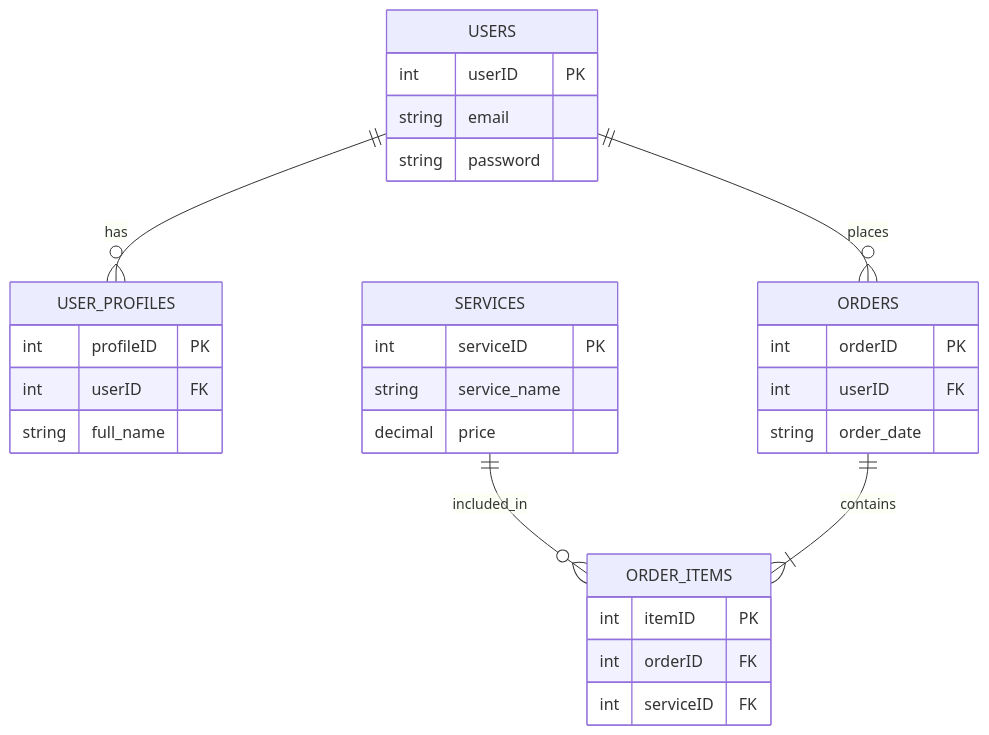
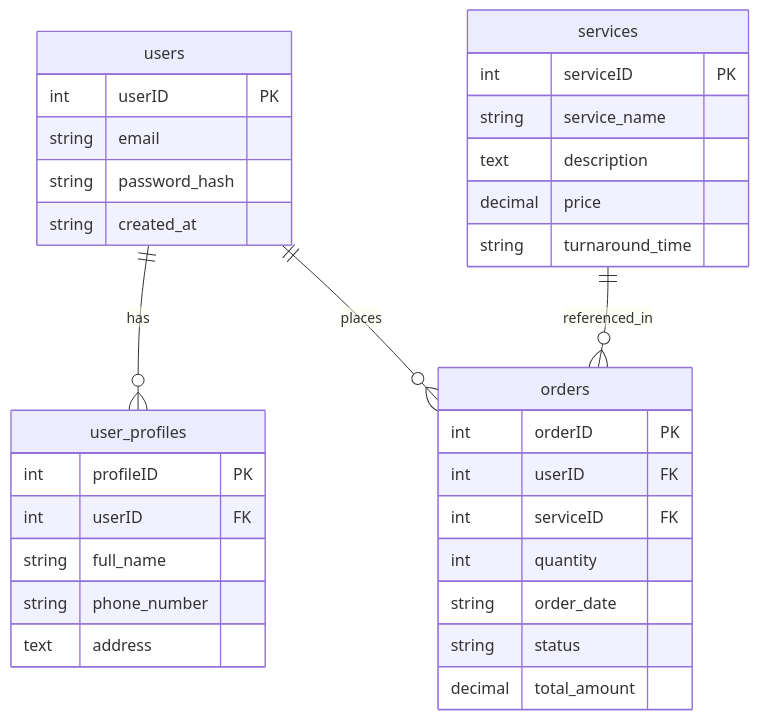
Before and after one commit to hunterthehunt/Capstone_Project: the diagram in README.md, drawn with Mermaid.

Commit message:
Revise Database ERD and update field names
Updated the database ERD in README.md to reflect changes in the schema, including renaming relationships and modifying field names.

````diff
--- a/README.md
+++ b/README.md
@@ -25,38 +27,40 @@
-```mermaid
+```mermaid diagram
 erDiagram
-    USERS ||--o{ USER_PROFILES : "has"
-    USERS ||--o{ ORDERS : "places"
-    SERVICES ||--o{ ORDER_ITEMS : "included_in"
-    ORDERS ||--|{ ORDER_ITEMS : "contains"
+    users ||--o{ user_profiles : "has"
+    users ||--o{ orders : "places"
+    services ||--o{ orders : "referenced_in"
 
-    USERS {
+    users {
         int userID PK
         string email
-        string password
+        string password_hash
+        string created_at
     }
 
-    USER_PROFILES {
+    user_profiles {
         int profileID PK
         int userID FK
         string full_name
+        string phone_number
+        text address
     }
 
-    SERVICES {
+    services {
         int serviceID PK
         string service_name
+        text description
         decimal price
+        string turnaround_time
     }
 
-    ORDERS {
+    orders {
         int orderID PK
         int userID FK
+        int serviceID FK
+        int quantity
         string order_date
-    }
-
-    ORDER_ITEMS {
-        int itemID PK
-        int orderID FK
-        int serviceID FK
+        string status
+        decimal total_amount
     }
 
 ```
````
